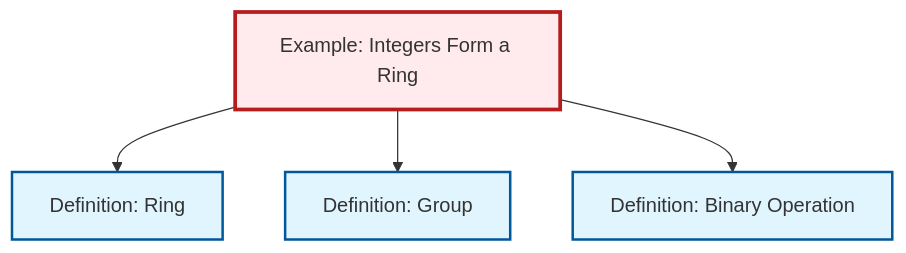
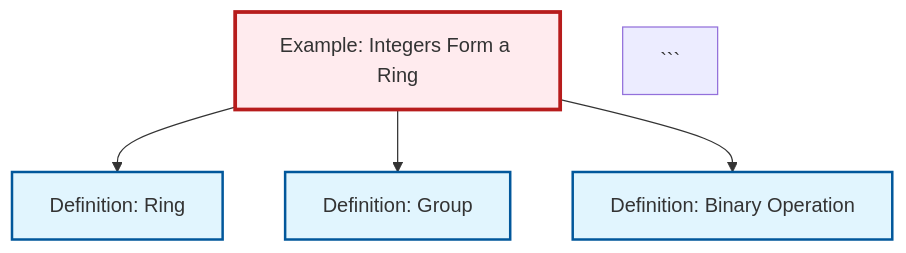
One commit to RK0429/ModernMath changed the diagram in output/mermaid/ex-integers-ring.mermaid. Above: the diagram before and after it, drawn with Mermaid. The commit also changed 313 other files, not shown here.

````diff
--- a/output/mermaid/ex-integers-ring.mermaid
+++ b/output/mermaid/ex-integers-ring.mermaid
@@ -1,17 +1,16 @@
-```{mermaid}
 %%| fig-cap: "Local dependency graph"
 graph TD
     classDef definition fill:#e1f5fe,stroke:#01579b,stroke-width:2px
     classDef theorem fill:#f3e5f5,stroke:#4a148c,stroke-width:2px
     classDef axiom fill:#fff3e0,stroke:#e65100,stroke-width:2px
     classDef example fill:#e8f5e9,stroke:#1b5e20,stroke-width:2px
     classDef current fill:#ffebee,stroke:#b71c1c,stroke-width:3px
+    def-binary-operation["Definition: Binary Operation"]:::definition
     def-group["Definition: Group"]:::definition
+    def-ring["Definition: Ring"]:::definition
     ex-integers-ring["Example: Integers Form a Ring"]:::example
-    def-binary-operation["Definition: Binary Operation"]:::definition
-    def-ring["Definition: Ring"]:::definition
     ex-integers-ring --> def-ring
     ex-integers-ring --> def-group
     ex-integers-ring --> def-binary-operation
     class ex-integers-ring current
 ```
````
